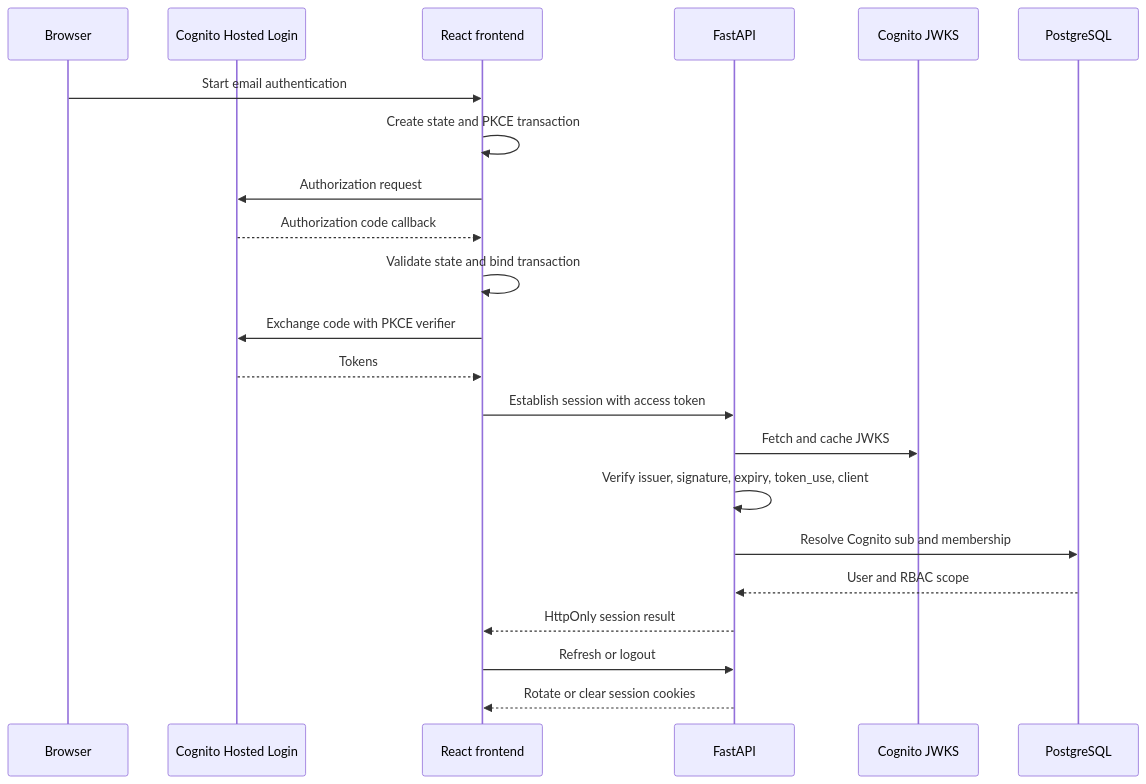
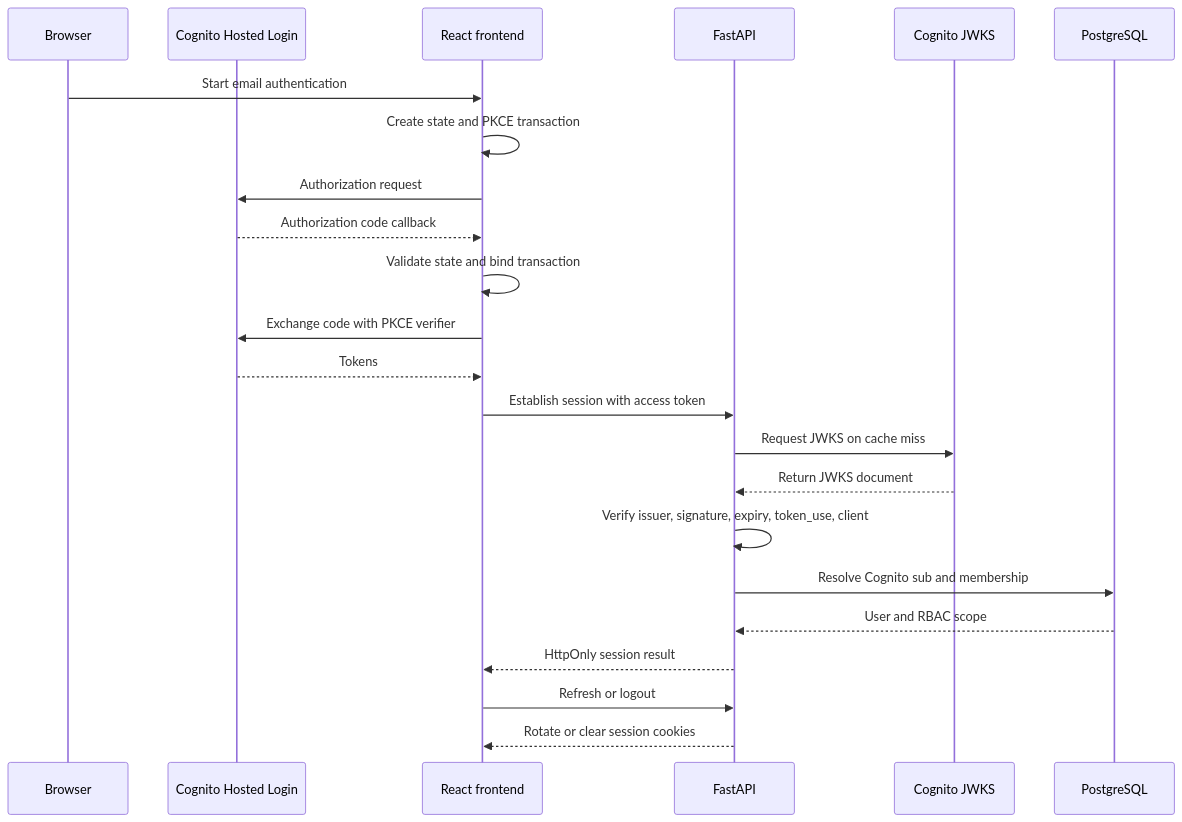
One commit to varunjakkampudi-tech/OraOne changed the first of 2 diagrams in docs/architecture/AUTHENTICATION-RBAC.md. Above: the diagram before and after it, drawn with Mermaid. The commit also changed 9 other files, not shown here.

````diff
--- a/docs/architecture/AUTHENTICATION-RBAC.md
+++ b/docs/architecture/AUTHENTICATION-RBAC.md
@@ -16,24 +16,25 @@
 ```mermaid
 sequenceDiagram
   participant B as Browser
   participant C as Cognito Hosted Login
   participant F as React frontend
   participant A as FastAPI
   participant J as Cognito JWKS
   participant D as PostgreSQL
   B->>F: Start email authentication
   F->>F: Create state and PKCE transaction
   F->>C: Authorization request
   C-->>F: Authorization code callback
   F->>F: Validate state and bind transaction
   F->>C: Exchange code with PKCE verifier
   C-->>F: Tokens
   F->>A: Establish session with access token
-  A->>J: Fetch and cache JWKS
+  A->>J: Request JWKS on cache miss
+  J-->>A: Return JWKS document
   A->>A: Verify issuer, signature, expiry, token_use, client
   A->>D: Resolve Cognito sub and membership
   D-->>A: User and RBAC scope
   A-->>F: HttpOnly session result
   F->>A: Refresh or logout
   A-->>F: Rotate or clear session cookies
 ```
````
